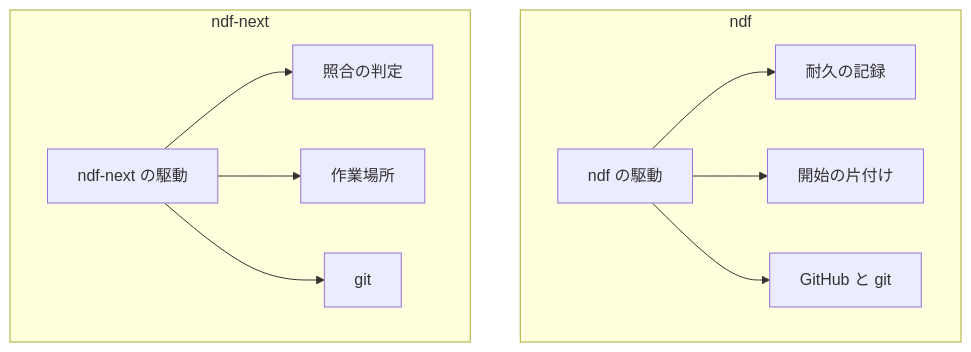
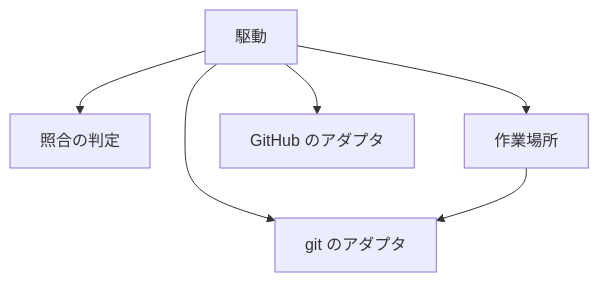
One commit to devbasex/ai-plugins changed the first of 2 diagrams in issues/issue-3483-design.md. Above: the diagram before and after it, drawn with Mermaid. The commit also changed other lines of this file and 4 other files, not shown here.

First line of the commit message:
Docs: #3483 の設計を ndf-next の側だけへ絞る（Refs #3483）

````diff
--- a/issues/issue-3483-design.md
+++ b/issues/issue-3483-design.md
@@ -165,13 +135,8 @@
 ```mermaid
 graph TD
-    subgraph ndf
-        D[ndf の駆動] --> R[耐久の記録]
-        D --> S[開始の片付け]
-        D --> G[GitHub と git]
-    end
-    subgraph ndf-next
-        N[ndf-next の駆動] --> J[照合の判定]
-        N --> W[作業場所]
-        N --> G2[git]
-    end
+    N[駆動] --> J[照合の判定]
+    N --> W[作業場所]
+    N --> H[GitHub のアダプタ]
+    N --> G[git のアダプタ]
+    W --> G
 ```
````
